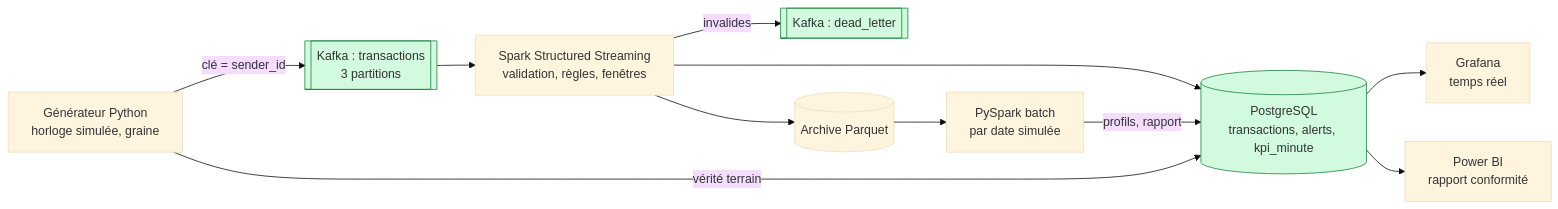
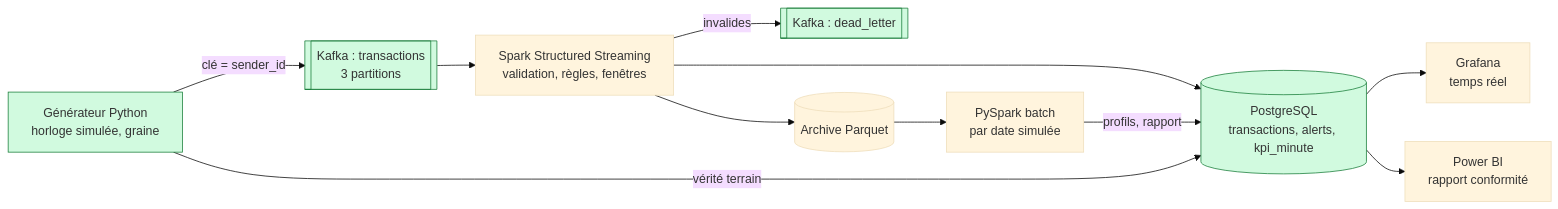
Before and after one commit to NdeyePendaSarr/mobile-money-fraud-streaming: the diagram in README.md, drawn with Mermaid (base theme). The commit also changed other lines of this file, not shown here.

````diff
--- a/README.md
+++ b/README.md
@@ -28,16 +28,16 @@
 ```mermaid
 flowchart LR
     gen["Générateur Python<br/>horloge simulée, graine"] -- "clé = sender_id" --> tx[["Kafka : transactions<br/>3 partitions"]]
     gen -- "vérité terrain" --> pg
     tx --> sss["Spark Structured Streaming<br/>validation, règles, fenêtres"]
     sss -- "invalides" --> dl[["Kafka : dead_letter"]]
     sss --> pg[("PostgreSQL<br/>transactions, alerts, kpi_minute")]
     sss --> pq[("Archive Parquet")]
     pg --> graf["Grafana<br/>temps réel"]
     pq --> batch["PySpark batch<br/>par date simulée"]
     batch -- "profils, rapport" --> pg
     pg --> pbi["Power BI<br/>rapport conformité"]
 
     classDef enplace fill:#d1fadf,stroke:#1b7f3b;
-    class tx,dl,pg enplace;
+    class gen,tx,dl,pg enplace;
 ```
````
